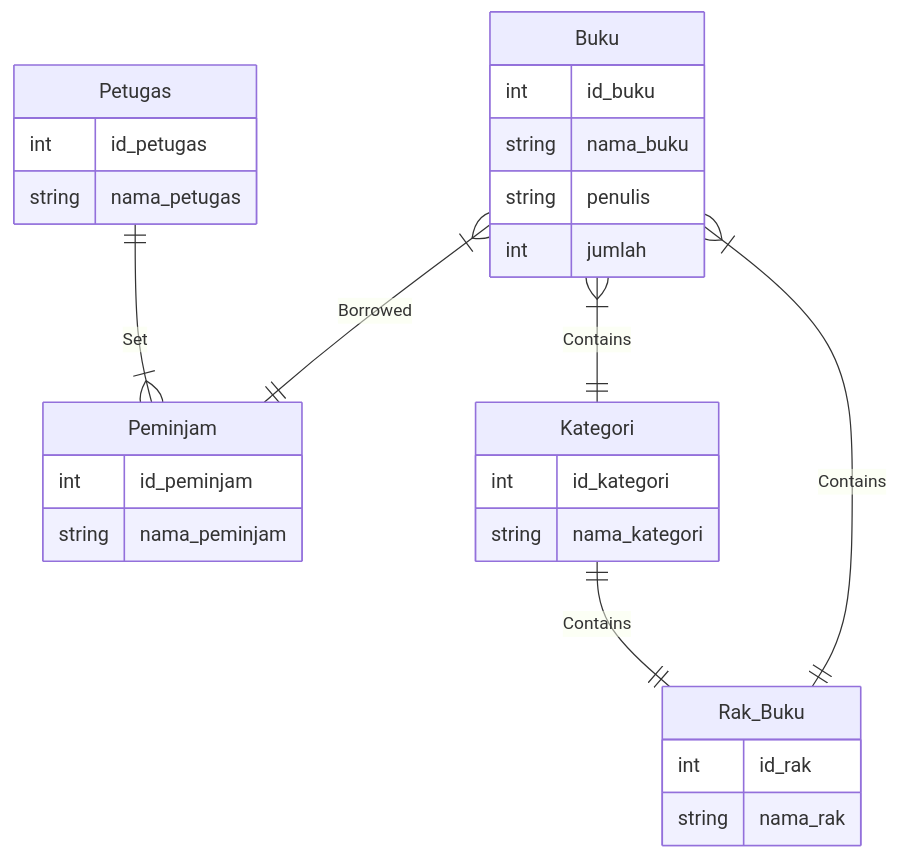
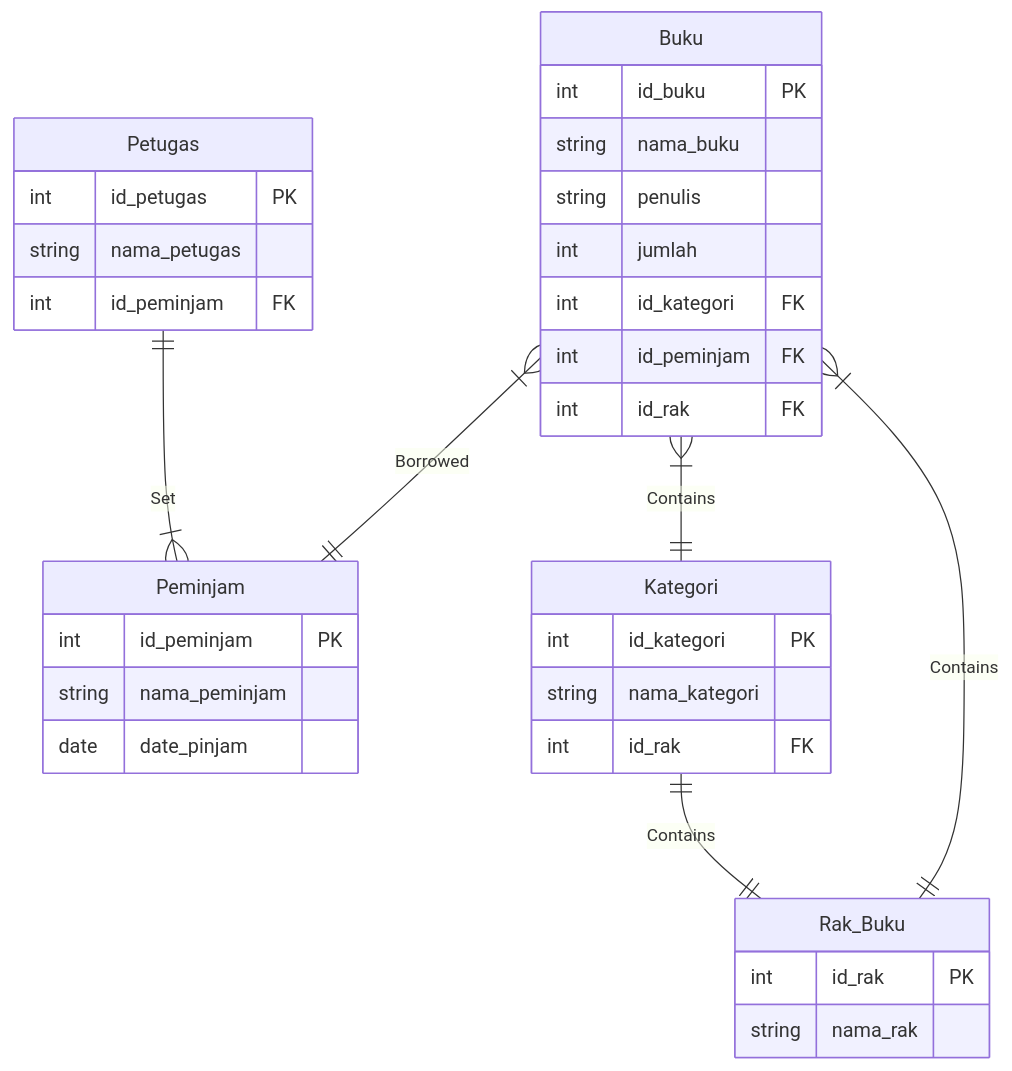
The diagram in koda-b1-db1-perpustakaan.md (rifrifai/koda-b1-db1), drawn with Mermaid before and after one commit.

Commit message:
adding FK

````diff
--- a/koda-b1-db1-perpustakaan.md
+++ b/koda-b1-db1-perpustakaan.md
@@ -1,37 +1,43 @@
 ```mermaid
 	erDiagram
 
 	Buku }|--|| Peminjam : Borrowed
 	Buku }|--|| Kategori : Contains
 	Kategori ||--|| Rak_Buku : Contains
 	Rak_Buku ||--|{ Buku : Contains
 	Petugas ||--|{ Peminjam : Set
 
 	Buku {
-		int id_buku
+		int id_buku PK
 		string nama_buku
 		string penulis
 		int jumlah
+		int id_kategori FK
+		int id_peminjam FK
+		int id_rak FK
 	}
 
 	Kategori {
-		int id_kategori
+		int id_kategori PK
 		string nama_kategori
+		int id_rak FK
 	}
 
 	Rak_Buku {
-		int id_rak
+		int id_rak PK
 		string nama_rak
 	}
 
 	Petugas {
-		int id_petugas
+		int id_petugas PK
 		string nama_petugas
+		int id_peminjam FK
 	}
 
 	Peminjam {
-		int id_peminjam
+		int id_peminjam PK
 		string nama_peminjam
+		date date_pinjam
 	}
 
 ```
````
